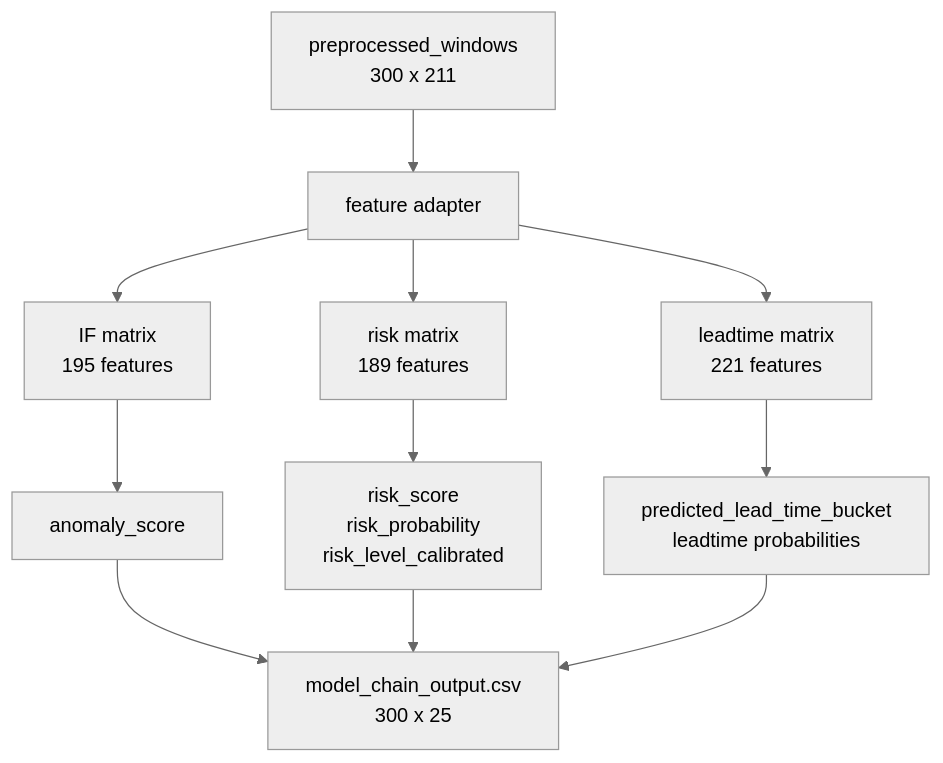
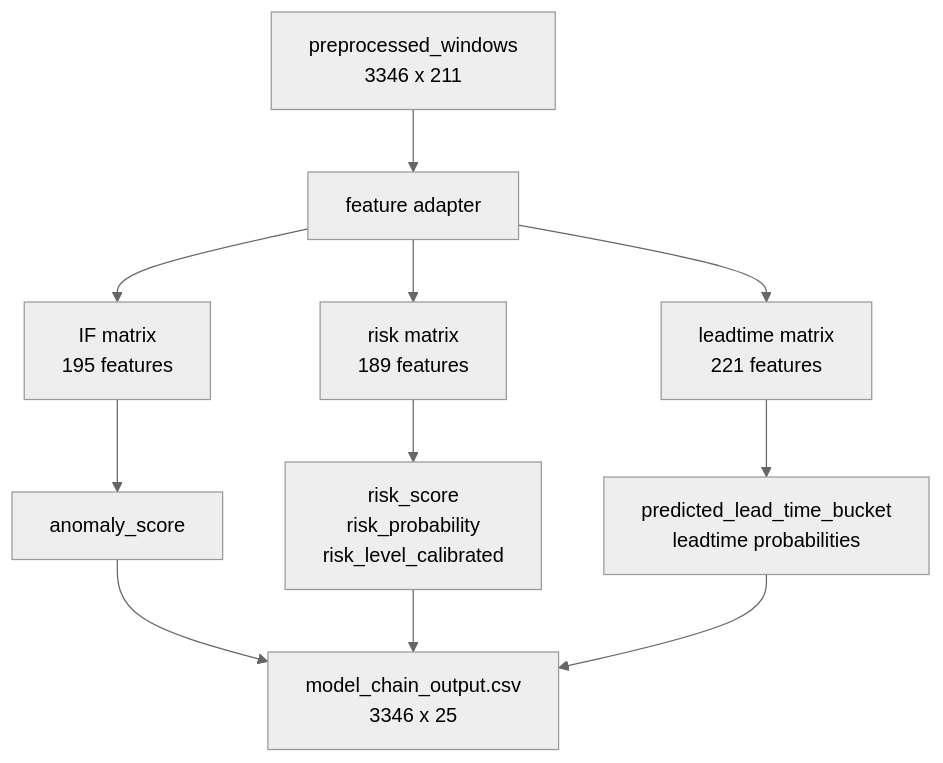
The diagram in docs/report/proto/03_ml_prediction_model.md (jiyang-lee/Heat_Grid_Agent), drawn with Mermaid (neutral theme) before and after one commit. The commit also changed other lines of this file and 32 other files, not shown here.

````diff
--- a/docs/report/proto/03_ml_prediction_model.md
+++ b/docs/report/proto/03_ml_prediction_model.md
@@ -60,13 +60,13 @@
 ```mermaid
 flowchart TD
-  PRE["preprocessed_windows<br/>300 x 211"] --> ADAPT["feature adapter"]
+  PRE["preprocessed_windows<br/>3346 x 211"] --> ADAPT["feature adapter"]
   ADAPT --> A["IF matrix<br/>195 features"]
   ADAPT --> R["risk matrix<br/>189 features"]
   ADAPT --> L["leadtime matrix<br/>221 features"]
   A --> AO["anomaly_score"]
   R --> RO["risk_score<br/>risk_probability<br/>risk_level_calibrated"]
   L --> LO["predicted_lead_time_bucket<br/>leadtime probabilities"]
-  AO --> OUT["model_chain_output.csv<br/>300 x 25"]
+  AO --> OUT["model_chain_output.csv<br/>3346 x 25"]
   RO --> OUT
   LO --> OUT
 ```
````
